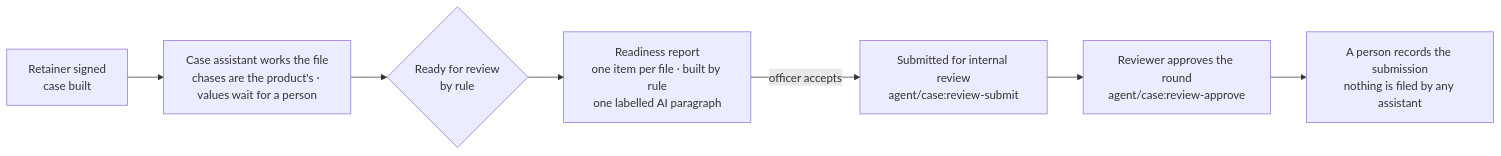
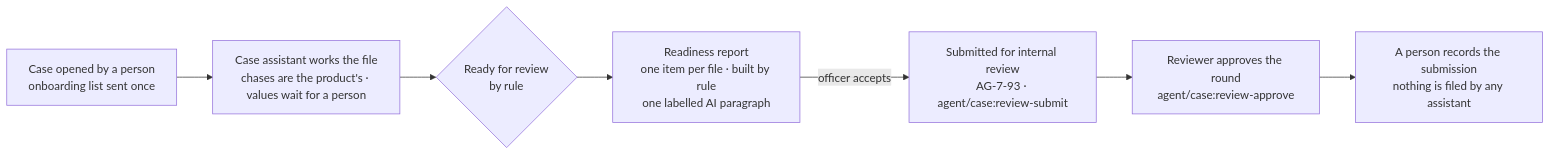
Before and after one commit to ranjan-expatready/xpatready: the third of 3 diagrams in ai-workers/requirements/AW-01-firm-ai-assistants_v0.1.md, drawn with Mermaid. The commit also changed other lines of this file and 27 other files, not shown here.

````diff
--- a/ai-workers/requirements/AW-01-firm-ai-assistants_v0.1.md
+++ b/ai-workers/requirements/AW-01-firm-ai-assistants_v0.1.md
@@ -93,9 +102,9 @@
 ```mermaid
 flowchart LR
-    S[Retainer signed<br/>case built] --> W[Case assistant works the file<br/>chases are the product's · values wait for a person]
+    S[Case opened by a person<br/>onboarding list sent once] --> W[Case assistant works the file<br/>chases are the product's · values wait for a person]
     W --> R{Ready for review<br/>by rule}
     R --> RR[Readiness report<br/>one item per file · built by rule<br/>one labelled AI paragraph]
-    RR -->|officer accepts| SUB[Submitted for internal review<br/>agent/case:review-submit]
+    RR -->|officer accepts| SUB[Submitted for internal review<br/>AG-7-93 · agent/case:review-submit]
     SUB --> REV[Reviewer approves the round<br/>agent/case:review-approve]
     REV --> GOV[A person records the submission<br/>nothing is filed by any assistant]
 ```
````
